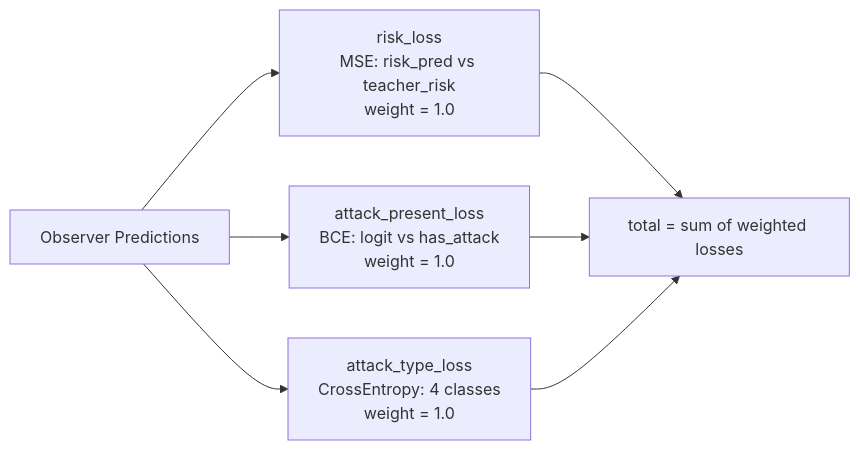
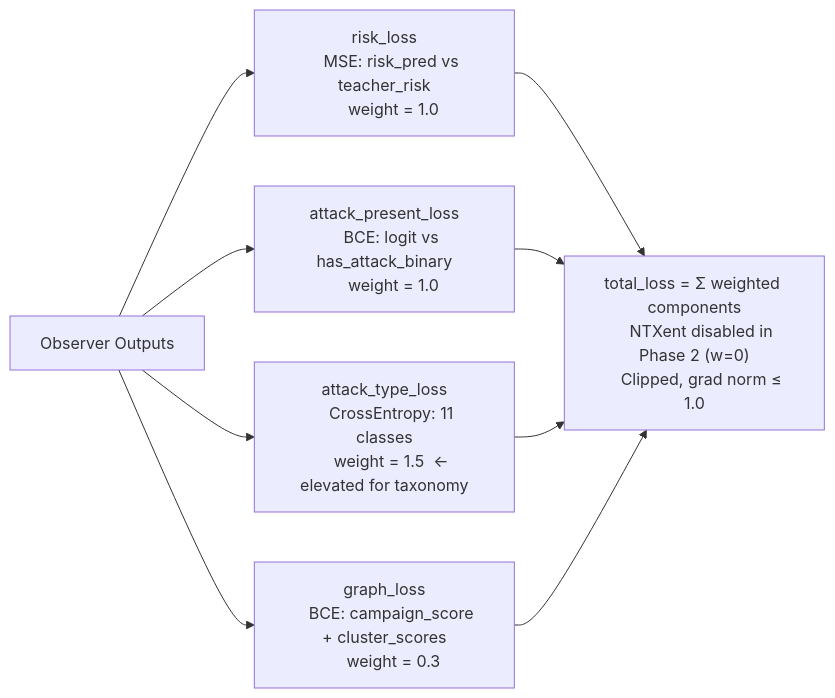
One commit to didi-09/AI_DRIVEN_SOAR changed the seventh of 14 diagrams in README.md. Above: the diagram before and after it, drawn with Mermaid. The commit also changed other lines of this file, not shown here.

````diff
--- a/README.md
+++ b/README.md
@@ -173,8 +391,24 @@
 ```mermaid
 flowchart LR
-    PRED["Observer Predictions"]
-    PRED --> RL["risk_loss<br/>MSE: risk_pred vs teacher_risk<br/>weight = 1.0"]
-    PRED --> APL["attack_present_loss<br/>BCE: logit vs has_attack<br/>weight = 1.0"]
-    PRED --> ATL["attack_type_loss<br/>CrossEntropy: 4 classes<br/>weight = 1.0"]
-    RL & APL & ATL --> TOTAL["total = sum of weighted losses"]
+    PRED["Observer Outputs"]
+
+    PRED --> RL["risk_loss
+    MSE: risk_pred vs teacher_risk
+    weight = 1.0"]
+
+    PRED --> APL["attack_present_loss
+    BCE: logit vs has_attack_binary
+    weight = 1.0"]
+
+    PRED --> ATL["attack_type_loss
+    CrossEntropy: 11 classes
+    weight = 1.5  ← elevated for taxonomy"]
+
+    PRED --> GL["graph_loss
+    BCE: campaign_score + cluster_scores
+    weight = 0.3"]
+
+    RL & APL & ATL & GL --> TOTAL["total_loss = Σ weighted components
+    NTXent disabled in Phase 2 (w=0)
+    Clipped, grad norm ≤ 1.0"]
 ```
````
